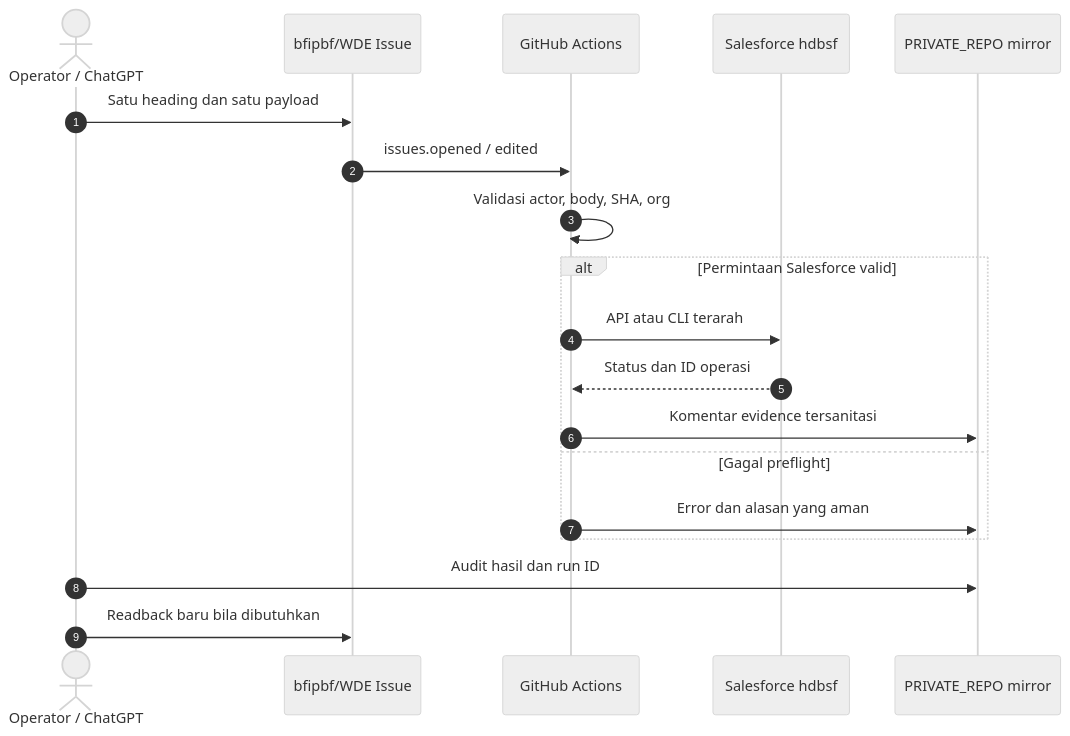
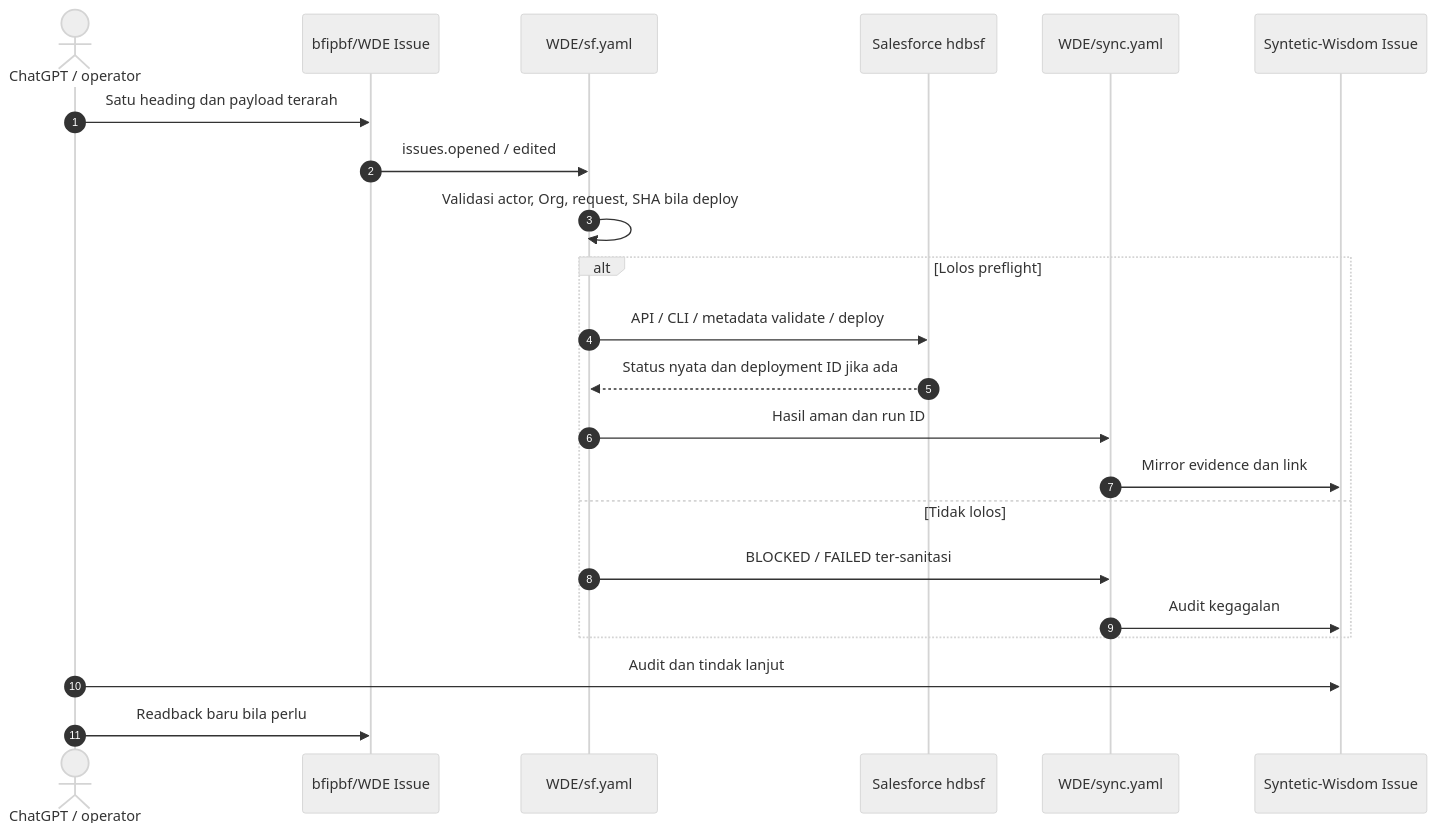
Diagram 19 of 28 in SADD-WDE.md (jimmytobing/Syntetic-Wisdom), drawn with Mermaid (neutral theme) before and after one commit. The commit also changed other lines of this file, not shown here.

Commit message:
docs(wde): align visual SADD with two-workflow cleanup and label all Salesforce flows

````diff
--- a/SADD-WDE.md
+++ b/SADD-WDE.md
@@ -409,21 +411,24 @@
 ```mermaid
 sequenceDiagram
   autonumber
-  actor C as Operator / ChatGPT
+  actor C as ChatGPT / operator
   participant G as bfipbf/WDE Issue
-  participant A as GitHub Actions
+  participant A as WDE/sf.yaml
   participant S as Salesforce hdbsf
-  participant M as PRIVATE_REPO mirror
-  C->>G: Satu heading dan satu payload
+  participant M as WDE/sync.yaml
+  participant P as Syntetic-Wisdom Issue
+  C->>G: Satu heading dan payload terarah
   G->>A: issues.opened / edited
-  A->>A: Validasi actor, body, SHA, org
-  alt Permintaan Salesforce valid
-    A->>S: API atau CLI terarah
-    S-->>A: Status dan ID operasi
-    A->>M: Komentar evidence tersanitasi
-  else Gagal preflight
-    A->>M: Error dan alasan yang aman
+  A->>A: Validasi actor, Org, request, SHA bila deploy
+  alt Lolos preflight
+    A->>S: API / CLI / metadata validate / deploy
+    S-->>A: Status nyata dan deployment ID jika ada
+    A->>M: Hasil aman dan run ID
+    M->>P: Mirror evidence dan link
+  else Tidak lolos
+    A->>M: BLOCKED / FAILED ter-sanitasi
+    M->>P: Audit kegagalan
   end
-  C->>M: Audit hasil dan run ID
-  C->>G: Readback baru bila dibutuhkan
+  C->>P: Audit dan tindak lanjut
+  C->>G: Readback baru bila perlu
 ```
````
